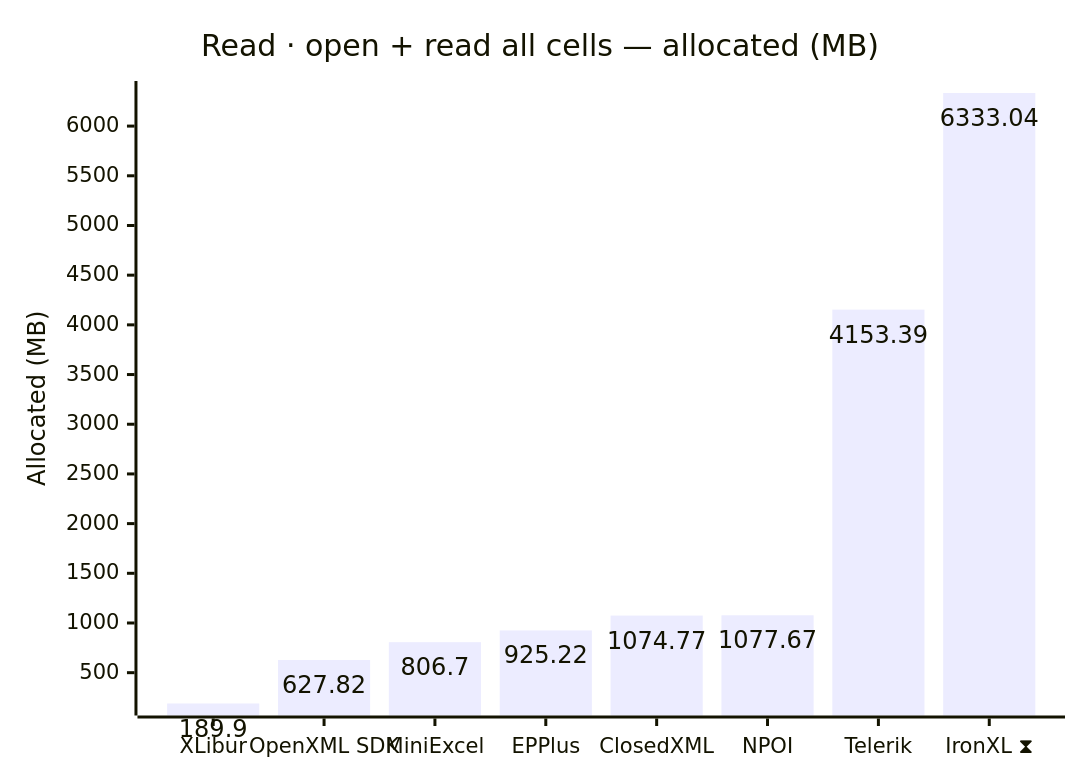
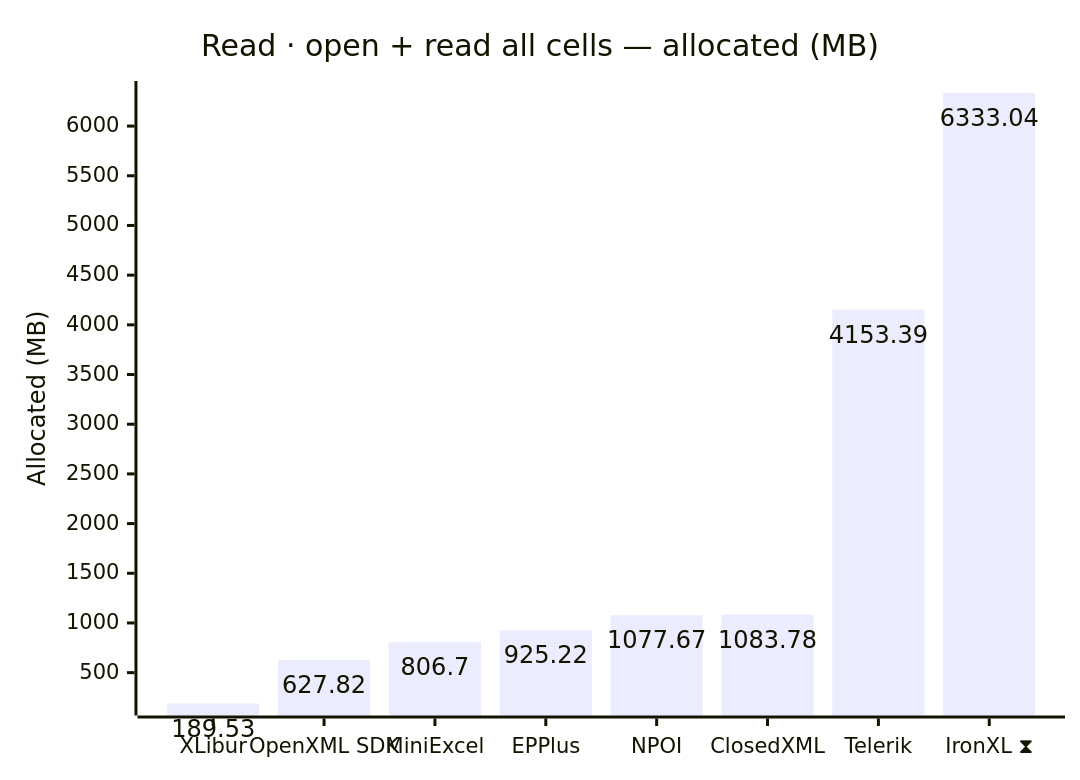
The fourth of 12 diagrams in docs/results.md (jafin/XLBench), drawn with Mermaid before and after one commit. The commit also changed other lines of this file and 2 other files, not shown here.

````diff
--- a/docs/results.md
+++ b/docs/results.md
@@ -79,12 +79,12 @@
 ```mermaid
 ---
 config:
   xyChart:
     showDataLabel: true
 ---
 xychart-beta
     title "Read · open + read all cells — allocated (MB)"
-    x-axis ["XLibur", "OpenXML SDK", "MiniExcel", "EPPlus", "ClosedXML", "NPOI", "Telerik", "IronXL ⧗"]
+    x-axis ["XLibur", "OpenXML SDK", "MiniExcel", "EPPlus", "NPOI", "ClosedXML", "Telerik", "IronXL ⧗"]
     y-axis "Allocated (MB)"
-    bar [189.9, 627.82, 806.7, 925.22, 1074.77, 1077.67, 4153.39, 6333.04]
+    bar [189.53, 627.82, 806.7, 925.22, 1077.67, 1083.78, 4153.39, 6333.04]
 ```
````
